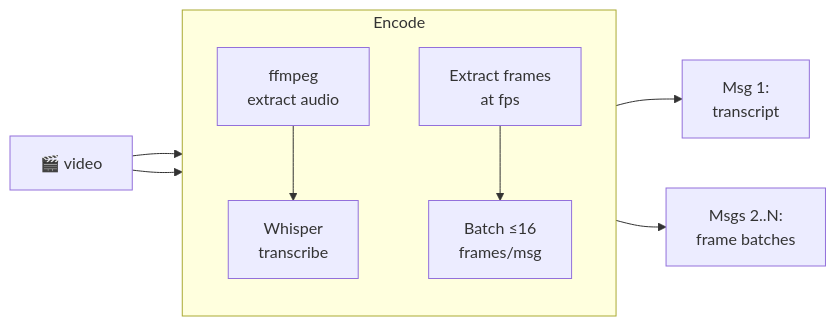
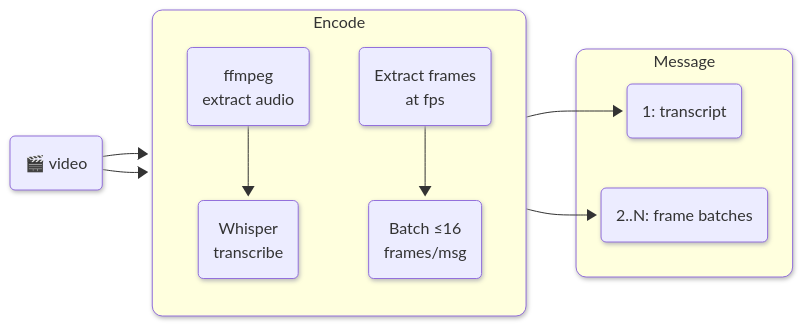
The fifth of 17 diagrams in docs/ENCODERS.md (vlm-run/mm), drawn with Mermaid before and after one commit. The commit also changed other lines of this file and 1 other file, not shown here.

Commit message:
Use a proper message block with subgroups (#146)

````diff
--- a/docs/ENCODERS.md
+++ b/docs/ENCODERS.md
@@ -116,18 +136,23 @@
 ```mermaid
+%%{init: {'look': 'neo'} }%%
 graph LR
-  video["🎬 video"]
+  video("🎬 video")
 
   subgraph encode ["Encode"]
     direction TB
-    audio["ffmpeg\nextract audio"]
-    whisper["Whisper\ntranscribe"]
-    frames["Extract frames\nat fps"]
-    batch["Batch ≤16\nframes/msg"]
+    audio("ffmpeg\nextract audio")
+    whisper("Whisper\ntranscribe")
+    frames("Extract frames\nat fps")
+    batch("Batch ≤16\nframes/msg")
   end
 
-  transcript["Msg 1:\ntranscript"]
-  frame_msgs["Msgs 2..N:\nframe batches"]
+  subgraph message ["Message"]
+    transcript("1: transcript")
+    frame_msgs("2..N: frame batches")
+  end
 
   video --> audio --> whisper --> transcript
   video --> frames --> batch --> frame_msgs
+  style encode rx:10px,ry:10px
+  style message rx:10px,ry:10px
 ```
````
